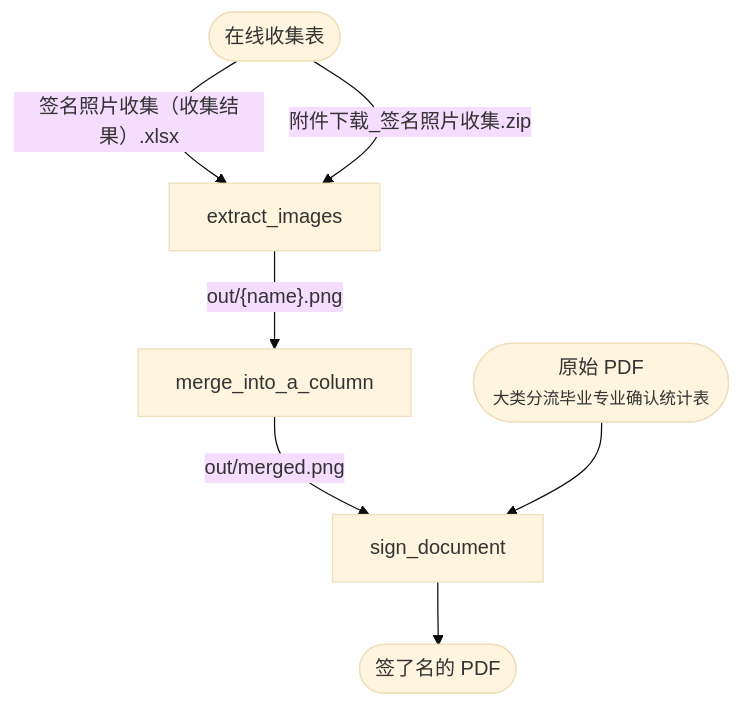
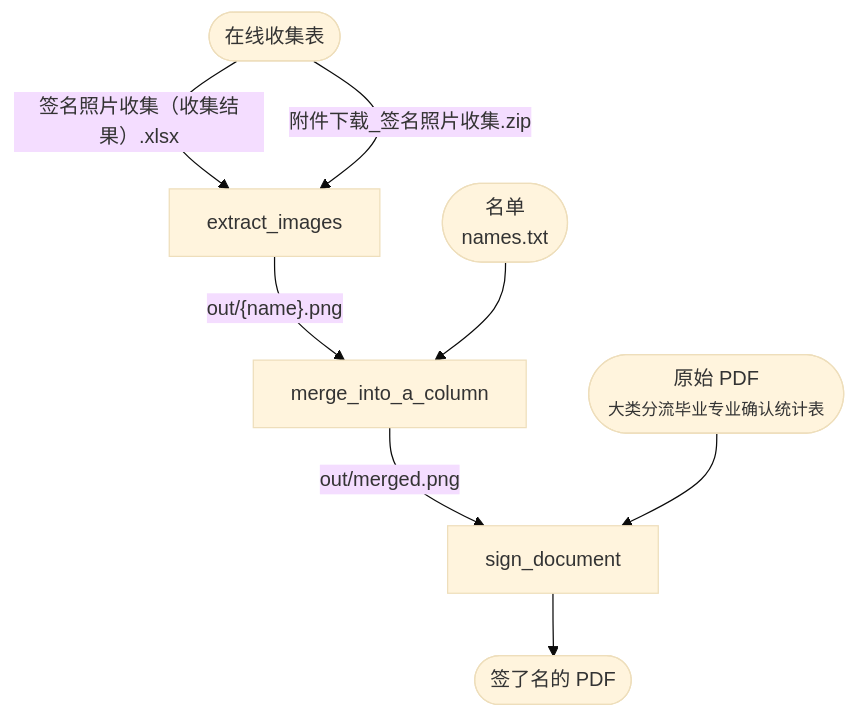
One commit to YDX-2147483647/signs changed the diagram in README.md. Above: the diagram before and after it, drawn with Mermaid (base theme).

Commit message:
doc: 名单 names.txt

````diff
--- a/README.md
+++ b/README.md
@@ -12,12 +12,14 @@
 ```mermaid
 flowchart TB
    在线收集表([在线收集表]) -->|"签名照片收集（收集结果）.xlsx"| extract_images
    在线收集表
       -->|"附件下载_签名照片收集.zip"| extract_images
       -->|"out/{name}.png"| merge_into_a_column
       -->|"out/merged.png"| sign_document
 
+    names([名单<br>names.txt]) --> merge_into_a_column
+
     original([原始 PDF<br><small>大类分流毕业专业确认统计表</small>])
        --> sign_document
        --> signed([签了名的 PDF])
 ```
````
